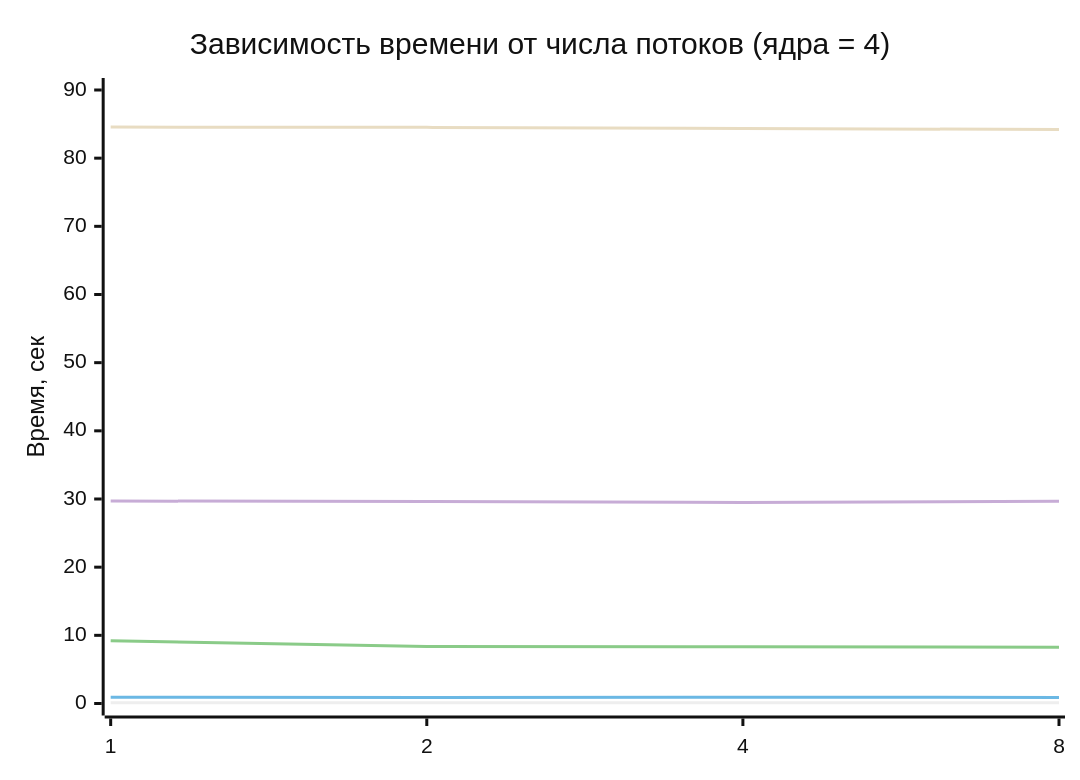
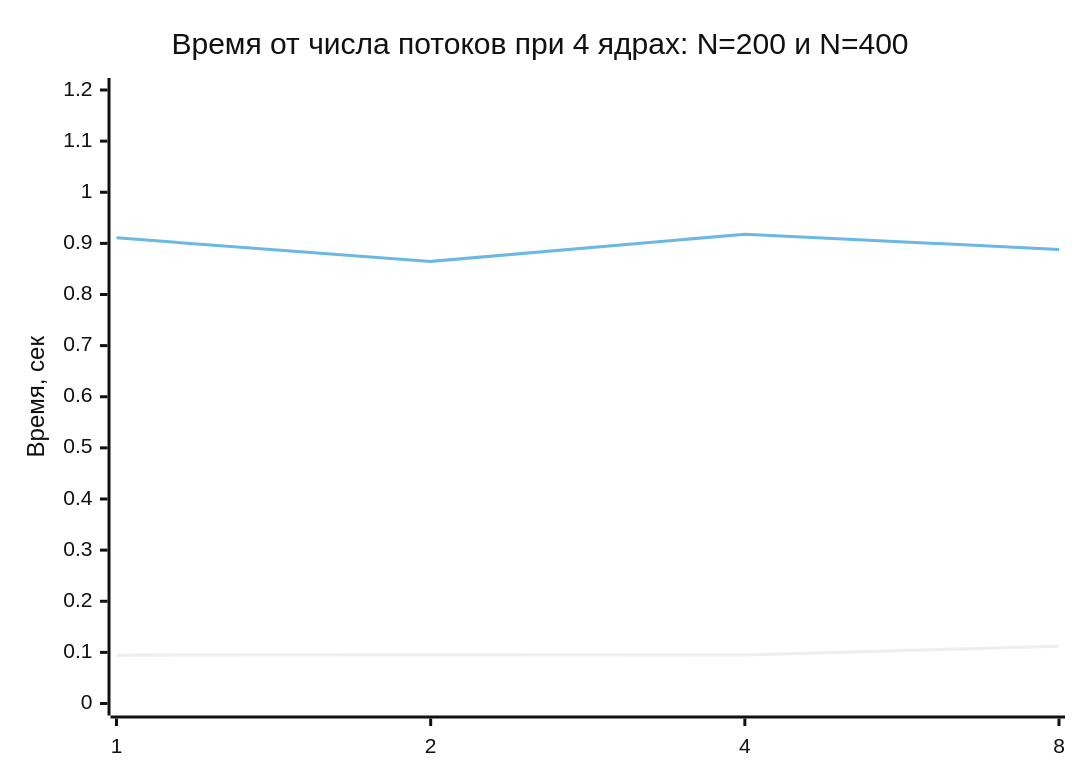
Before and after one commit to sanek4338/Parallelnoe_Programming: the first of 3 diagrams in README.md, drawn with Mermaid (neutral theme). The commit also changed other lines of this file, not shown here.

Commit message:
сделал графики более читаемыми

````diff
--- a/README.md
+++ b/README.md
@@ -112,11 +112,8 @@
 ```mermaid
 xychart-beta
-    title "Зависимость времени от числа потоков (ядра = 4)"
+    title "Время от числа потоков при 4 ядрах: N=200 и N=400"
     x-axis [1, 2, 4, 8]
-    y-axis "Время, сек" 0 --> 90
+    y-axis "Время, сек" 0 --> 1.2
     line "N=200" [0.094520, 0.095234, 0.094870, 0.111946]
     line "N=400" [0.910782, 0.864745, 0.917968, 0.888135]
-    line "N=800" [9.195230, 8.369589, 8.333178, 8.249720]
-    line "N=1200" [29.702240, 29.637477, 29.484893, 29.665737]
-    line "N=1600" [84.563345, 84.517478, 84.365628, 84.197494]
 ```
````
